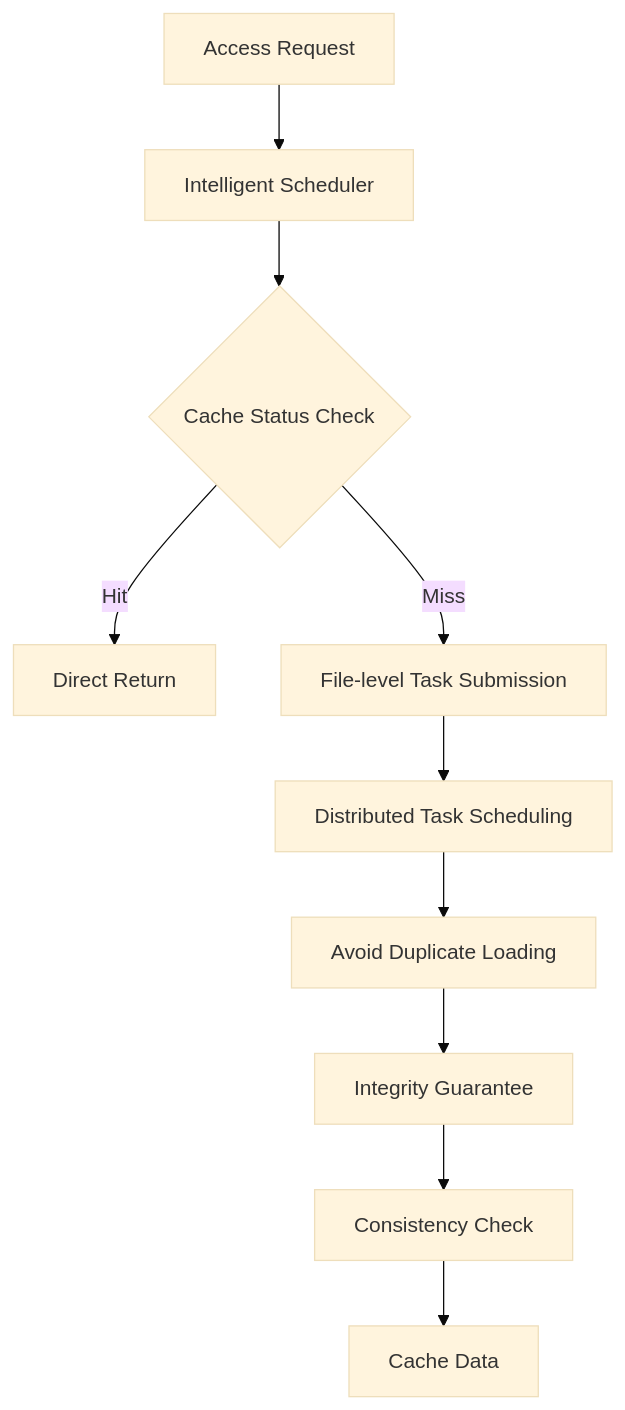
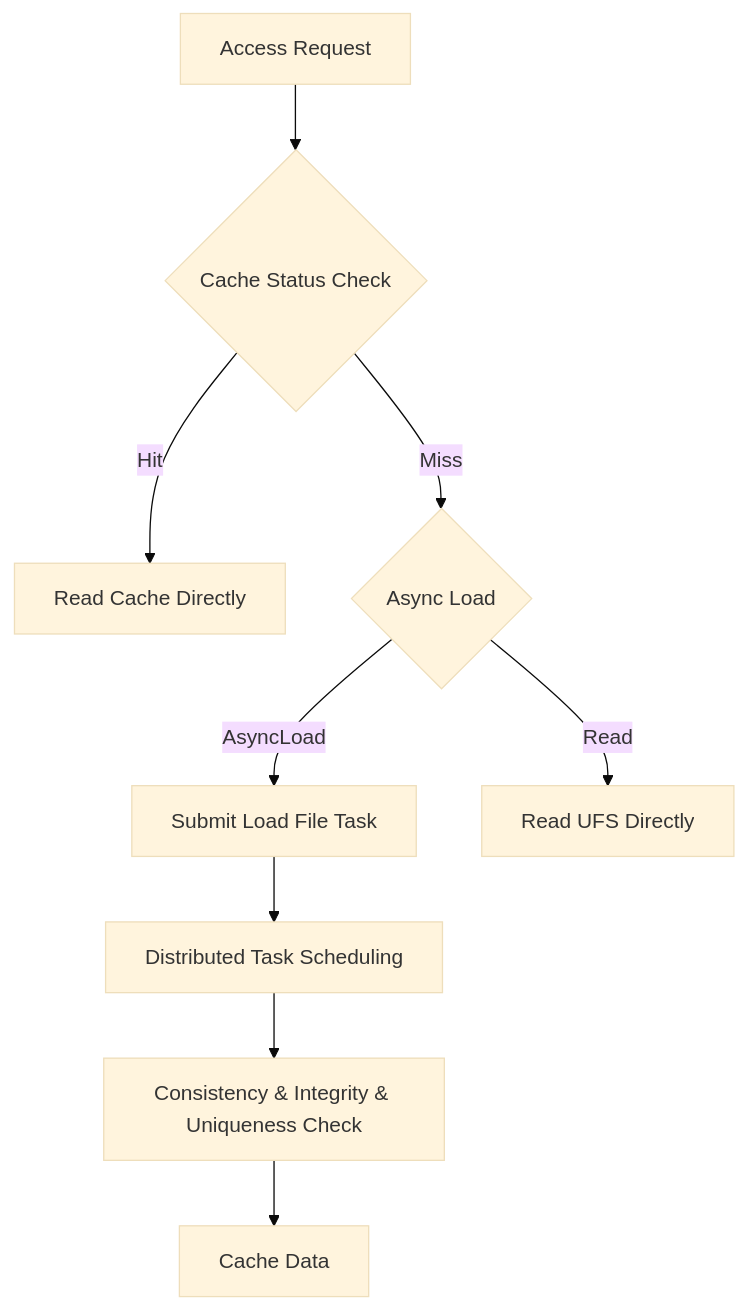
Before and after one commit to ziqonghuang/curvine-doc: the first of 3 diagrams in blog/2025-09-28-user-guide/index.md, drawn with Mermaid (base theme). The commit also changed other lines of this file and 1 other file, not shown here.

````diff
--- a/blog/2025-09-28-user-guide/index.md
+++ b/blog/2025-09-28-user-guide/index.md
@@ -161,12 +144,11 @@
 ```mermaid
 graph TB
-    A[Access Request] --> B[Intelligent Scheduler]
-    B --> C{Cache Status Check}
-    C -->|Hit| D[Direct Return]
-    C -->|Miss| E[File-level Task Submission]
+    A[Access Request] --> C{Cache Status Check}
+    C -->|Hit| D[Read Cache Directly]
+    C -->|Miss| K{Async Load}
+    K -->|AsyncLoad| E[Submit Load File Task]
+    K -->|Read| L[Read UFS Directly]
     E --> F[Distributed Task Scheduling]
-    F --> G[Avoid Duplicate Loading]
-    G --> H[Integrity Guarantee]
-    H --> I[Consistency Check]
-    I --> J[Cache Data]
+    F --> G[Consistency & Integrity & Uniqueness Check]
+    G --> J[Cache Data]
 ```
````
